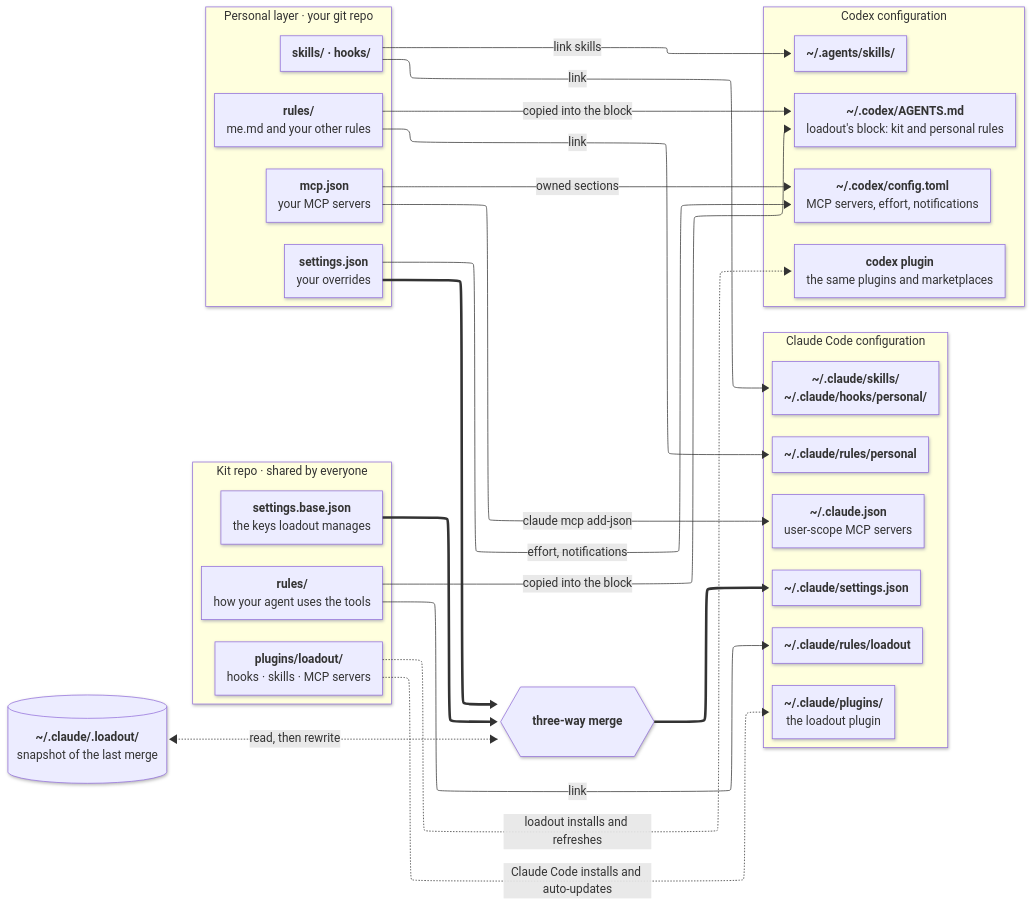
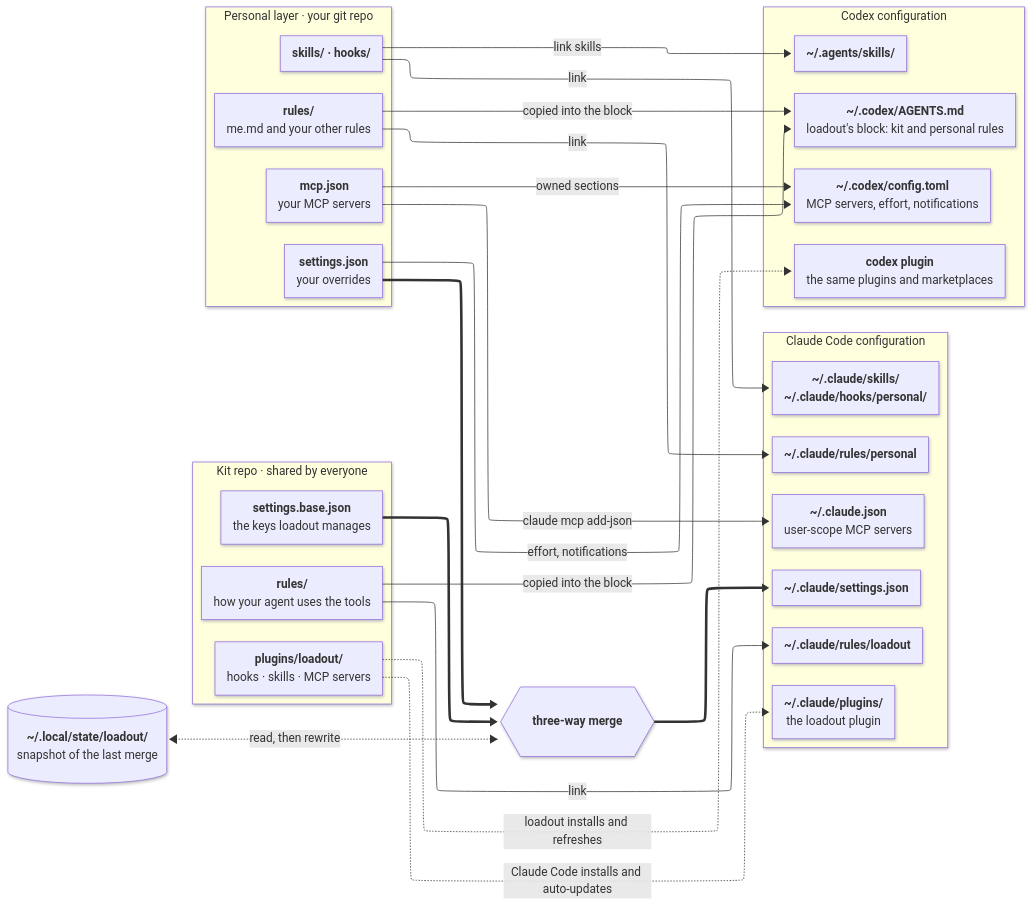
Before and after one commit to jonasyr/agent-loadout: the diagram in docs/diagrams/architecture-overview.mmd, drawn with Mermaid. The commit also changed 9 other files, not shown here.

```diff
--- a/docs/diagrams/architecture-overview.mmd
+++ b/docs/diagrams/architecture-overview.mmd
@@ -1,88 +1,88 @@
 ---
 config:
   look: neo
   layout: elk
   flowchart:
     curve: basis
     nodeSpacing: 24
     rankSpacing: 80
     wrappingWidth: 320
 ---
 flowchart LR
   subgraph KIT["Kit repo · shared by everyone"]
     direction TB
     kPlugin["`**plugins/loadout/**
     hooks · skills · MCP servers`"]
     kRules["`**rules/**
     how your agent uses the tools`"]
     kBase["`**settings.base.json**
     the keys loadout manages`"]
   end
 
   subgraph PER["Personal layer · your git repo"]
     direction TB
     pRules["`**rules/**
     me.md and your other rules`"]
     pSkills["`**skills/ · hooks/**`"]
     pSet["`**settings.json**
     your overrides`"]
     pMcp["`**mcp.json**
     your MCP servers`"]
   end
 
   merge{{"`**three-way merge**`"}}
-  snap[("`**~/.claude/.loadout/**
+  snap[("`**~/.local/state/loadout/**
   snapshot of the last merge`")]
 
   subgraph CC["Claude Code configuration"]
     direction TB
     cPlugin["`**~/.claude/plugins/**
     the loadout plugin`"]
     cRulesK["`**~/.claude/rules/loadout**`"]
     cRulesP["`**~/.claude/rules/personal**`"]
     cSkills["`**~/.claude/skills/**
     **~/.claude/hooks/personal/**`"]
     cSet["`**~/.claude/settings.json**`"]
     cMcp["`**~/.claude.json**
     user-scope MCP servers`"]
   end
 
   subgraph CX["Codex configuration"]
     direction TB
     xPlugin["`**codex plugin**
     the same plugins and marketplaces`"]
     xAgents["`**~/.codex/AGENTS.md**
     loadout's block: kit and personal rules`"]
     xConf["`**~/.codex/config.toml**
     MCP servers, effort, notifications`"]
     xSkills["`**~/.agents/skills/**`"]
   end
 
   kPlugin -. "Claude Code installs and auto-updates" .-> cPlugin
   kRules -- link --> cRulesK
   pRules -- link --> cRulesP
   pSkills -- link --> cSkills
   kBase e4@==> merge
   pSet e5@==> merge
   snap <-. "read, then rewrite" .-> merge
   merge e7@==> cSet
   pMcp -- "claude mcp add-json" --> cMcp
   kPlugin -. "loadout installs and refreshes" .-> xPlugin
   kRules -- "copied into the block" --> xAgents
   pRules -- "copied into the block" --> xAgents
   pSkills -- "link skills" --> xSkills
   pMcp -- "owned sections" --> xConf
   pSet -- "effort, notifications" --> xConf
 
   class kPlugin,kRules,kBase kit
   class pRules,pSkills,pSet,pMcp personal
   class cPlugin,cRulesK,cRulesP,cSkills,cSet,cMcp claude
   class merge engine
   class snap state
   class KIT kitGroup
   class PER personalGroup
   class CC claudeGroup
   class xPlugin,xAgents,xConf,xSkills codex
   class CX codexGroup
   class e4,e5,e7 emph
 %% palette
```
